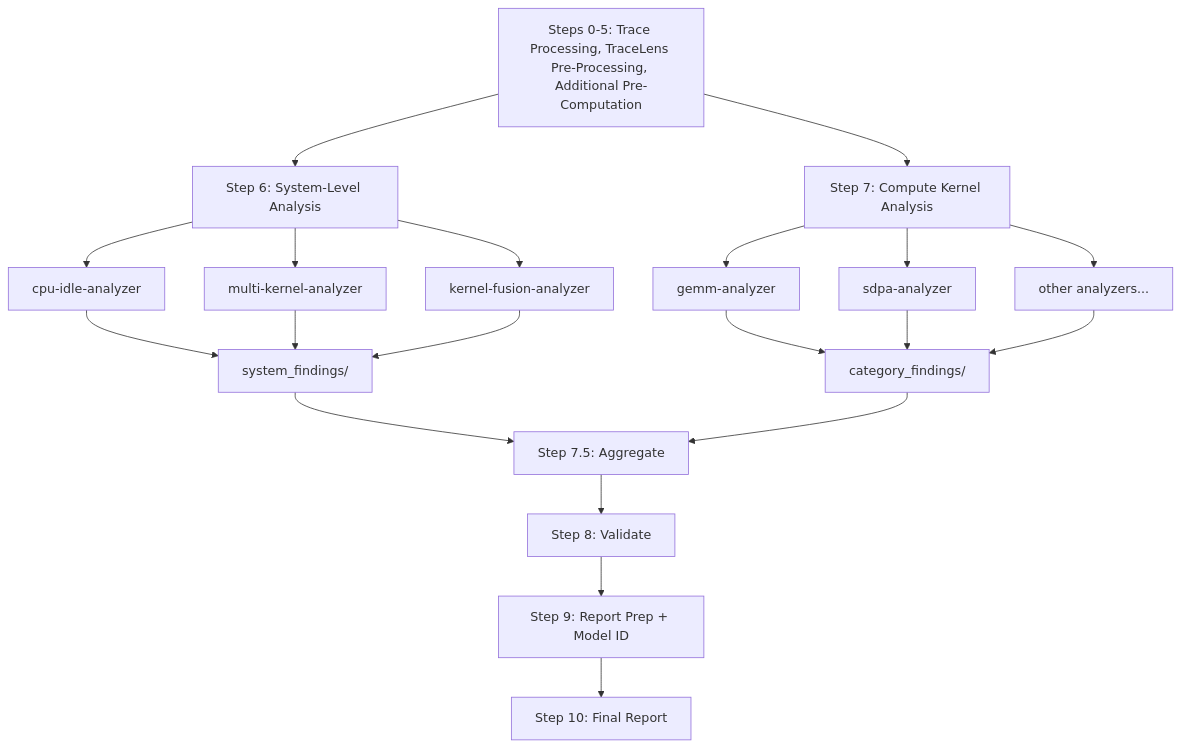
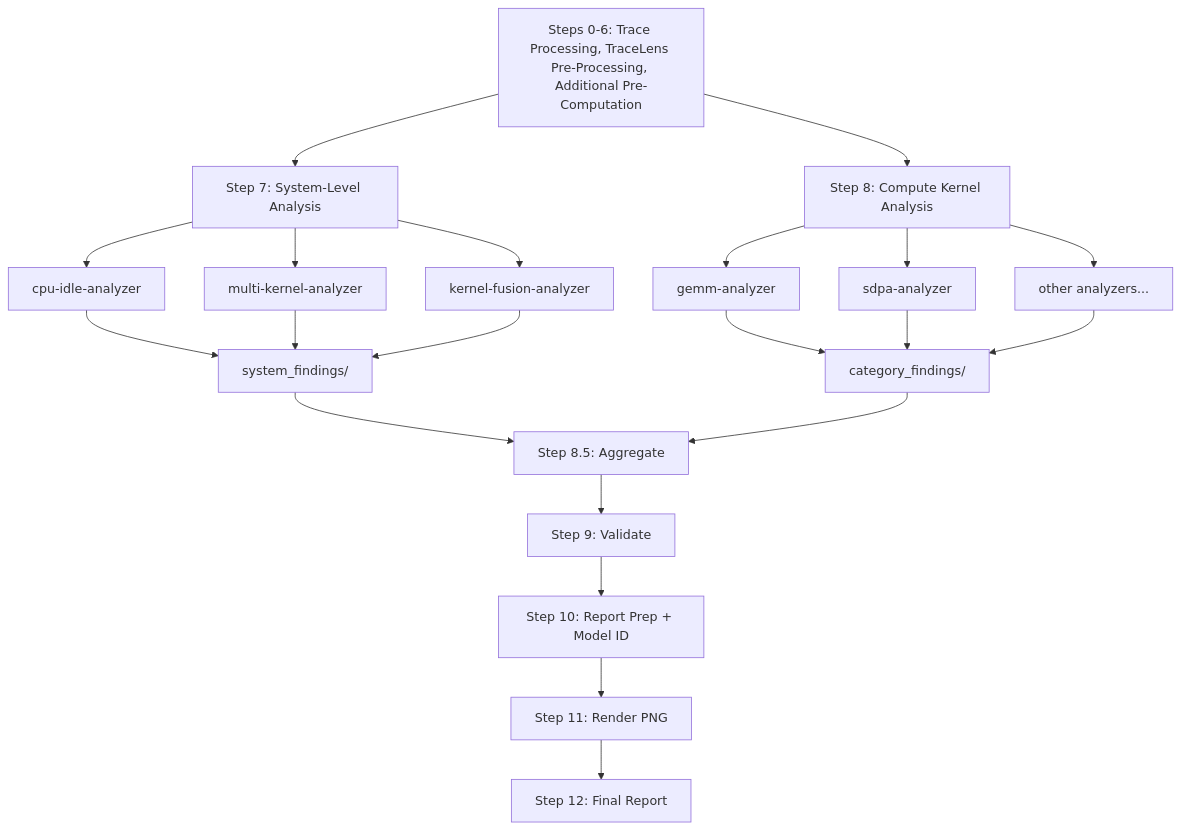
Before and after one commit to AMD-AGI/TraceLens: the diagram in TraceLens/Agent/Analysis/README.md, drawn with Mermaid. The commit also changed other lines of this file and 7 other files, not shown here.

````diff
--- a/TraceLens/Agent/Analysis/README.md
+++ b/TraceLens/Agent/Analysis/README.md
@@ -227,26 +229,27 @@
 ```mermaid
 flowchart TD
-    Prep["Steps 0-5: Trace Processing, TraceLens Pre-Processing, Additional Pre-Computation"]
-    Prep --> Step6["Step 6: System-Level Analysis"]
-    Prep --> Step7["Step 7: Compute Kernel Analysis"]
+    Prep["Steps 0-6: Trace Processing, TraceLens Pre-Processing, Additional Pre-Computation"]
+    Prep --> Step7["Step 7: System-Level Analysis"]
+    Prep --> Step8["Step 8: Compute Kernel Analysis"]
 
-    Step6 --> CpuIdle["cpu-idle-analyzer"]
-    Step6 --> MultiKernel["multi-kernel-analyzer"]
-    Step6 --> KernelFusion["kernel-fusion-analyzer"]
+    Step7 --> CpuIdle["cpu-idle-analyzer"]
+    Step7 --> MultiKernel["multi-kernel-analyzer"]
+    Step7 --> KernelFusion["kernel-fusion-analyzer"]
     CpuIdle --> SysFindings["system_findings/"]
     MultiKernel --> SysFindings
     KernelFusion --> SysFindings
 
-    Step7 --> Gemm["gemm-analyzer"]
-    Step7 --> Sdpa["sdpa-analyzer"]
-    Step7 --> Others["other analyzers..."]
+    Step8 --> Gemm["gemm-analyzer"]
+    Step8 --> Sdpa["sdpa-analyzer"]
+    Step8 --> Others["other analyzers..."]
     Gemm --> CatFindings["category_findings/"]
     Sdpa --> CatFindings
     Others --> CatFindings
 
-    SysFindings --> Agg["Step 7.5: Aggregate"]
+    SysFindings --> Agg["Step 8.5: Aggregate"]
     CatFindings --> Agg
-    Agg --> Step8["Step 8: Validate"]
-    Step8 --> Step9["Step 9: Report Prep + Model ID"]
-    Step9 --> Step10["Step 10: Final Report"]
+    Agg --> Step9["Step 9: Validate"]
+    Step9 --> Step10["Step 10: Report Prep + Model ID"]
+    Step10 --> Step11["Step 11: Render PNG"]
+    Step11 --> Step12["Step 12: Final Report"]
 ```
````
